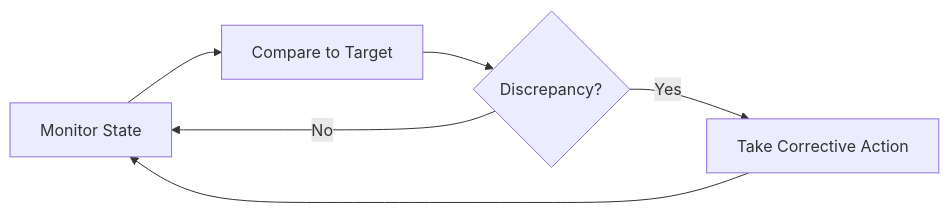
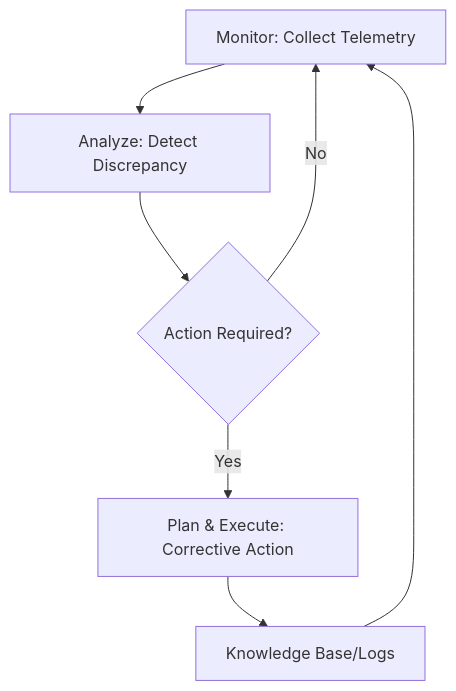
One commit to vaishvanara/techwritingkb changed the diagram in docs/systems-thinking/self-healing-system.md. Above: the diagram before and after it, drawn with Mermaid. The commit also changed other lines of this file and 26 other files, not shown here.

````diff
--- a/docs/systems-thinking/self-healing-system.md
+++ b/docs/systems-thinking/self-healing-system.md
@@ -17,8 +17,9 @@
 ```mermaid
-graph LR
-    A[Monitor State] --> B[Compare to Target]
-    B --> C{Discrepancy?}
-    C -- Yes --> D[Take Corrective Action]
-    D --> A
+graph TD
+    A[Monitor: Collect Telemetry] --> B[Analyze: Detect Discrepancy]
+    B --> C{Action Required?}
+    C -- Yes --> D[Plan & Execute: Corrective Action]
+    D --> E[Knowledge Base/Logs]
+    E --> A
     C -- No --> A
 ```
````
